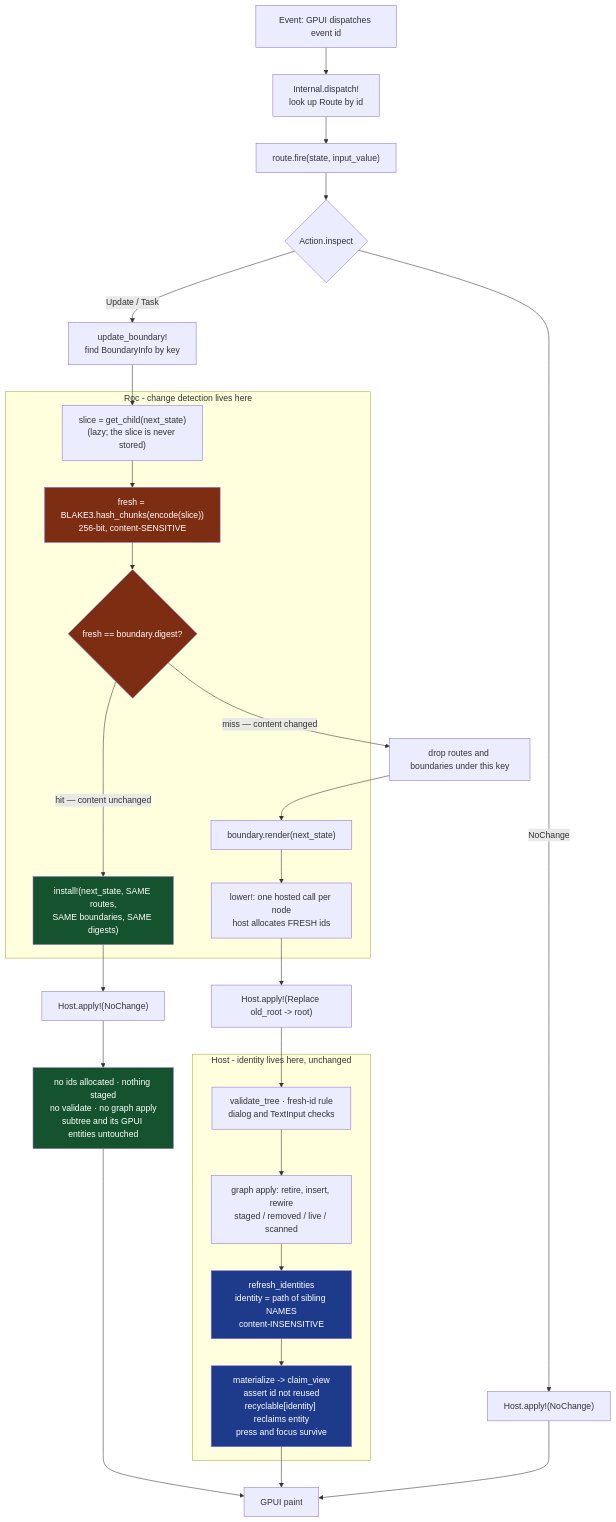
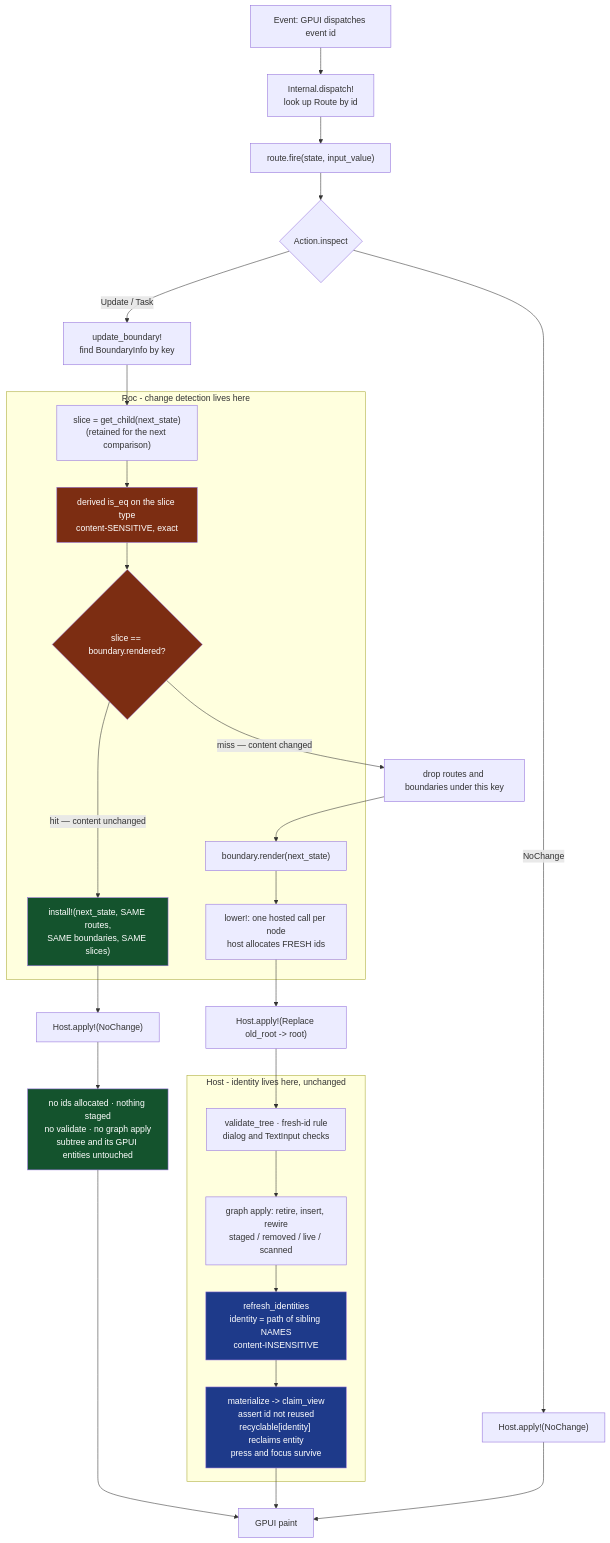
Before and after one commit to lukewilliamboswell/roc-gui: the second of 2 diagrams in wip/incremental-render-design.md, drawn with Mermaid. The commit also changed other lines of this file, not shown here.

First line of the commit message:
Compare the slice instead of digesting it

````diff
--- a/wip/incremental-render-design.md
+++ b/wip/incremental-render-design.md
@@ -276,51 +318,51 @@
 ```mermaid
 flowchart TD
     EV["Event: GPUI dispatches event id"] --> RT["Internal.dispatch!<br/>look up Route by id"]
     RT --> FIRE["route.fire(state, input_value)"]
     FIRE --> INS{"Action.inspect"}
     INS -->|NoChange| NC["Host.apply!(NoChange)"]
     INS -->|Update / Task| UB["update_boundary!<br/>find BoundaryInfo by key"]
 
-    UB --> SLICE["slice = get_child(next_state)<br/>(lazy; the slice is never stored)"]
-    SLICE --> DG["fresh = BLAKE3.hash_chunks(encode(slice))<br/>256-bit, content-SENSITIVE"]
-    DG --> CMP{"fresh == boundary.digest?"}
+    UB --> SLICE["slice = get_child(next_state)<br/>(retained for the next comparison)"]
+    SLICE --> DG["derived is_eq on the slice type<br/>content-SENSITIVE, exact"]
+    DG --> CMP{"slice == boundary.rendered?"}
 
-    CMP -->|"hit — content unchanged"| SKIP["install!(next_state, SAME routes,<br/>SAME boundaries, SAME digests)"]
+    CMP -->|"hit — content unchanged"| SKIP["install!(next_state, SAME routes,<br/>SAME boundaries, SAME slices)"]
     SKIP --> NCP["Host.apply!(NoChange)"]
     NCP --> DONE["no ids allocated · nothing staged<br/>no validate · no graph apply<br/>subtree and its GPUI entities untouched"]
     DONE --> PAINT
 
     CMP -->|"miss — content changed"| DROP["drop routes and boundaries under this key"]
     DROP --> REN["boundary.render(next_state)"]
     REN --> LOW["lower!: one hosted call per node<br/>host allocates FRESH ids"]
     LOW --> AP["Host.apply!(Replace old_root -> root)"]
     AP --> VAL["validate_tree · fresh-id rule<br/>dialog and TextInput checks"]
     VAL --> GA["graph apply: retire, insert, rewire<br/>staged / removed / live / scanned"]
     GA --> RI["refresh_identities<br/>identity = path of sibling NAMES<br/>content-INSENSITIVE"]
     RI --> CLAIM["materialize -> claim_view<br/>assert id not reused<br/>recyclable[identity] reclaims entity<br/>press and focus survive"]
     CLAIM --> PAINT["GPUI paint"]
     NC --> PAINT
 
     subgraph ROC ["Roc - change detection lives here"]
         SLICE
         DG
         CMP
         SKIP
         REN
         LOW
     end
 
     subgraph HOST ["Host - identity lives here, unchanged"]
         VAL
         GA
         RI
         CLAIM
     end
 
     style DG fill:#7c2d12,color:#fff
     style CMP fill:#7c2d12,color:#fff
     style SKIP fill:#14532d,color:#fff
     style DONE fill:#14532d,color:#fff
     style RI fill:#1e3a8a,color:#fff
     style CLAIM fill:#1e3a8a,color:#fff
 ```
````
